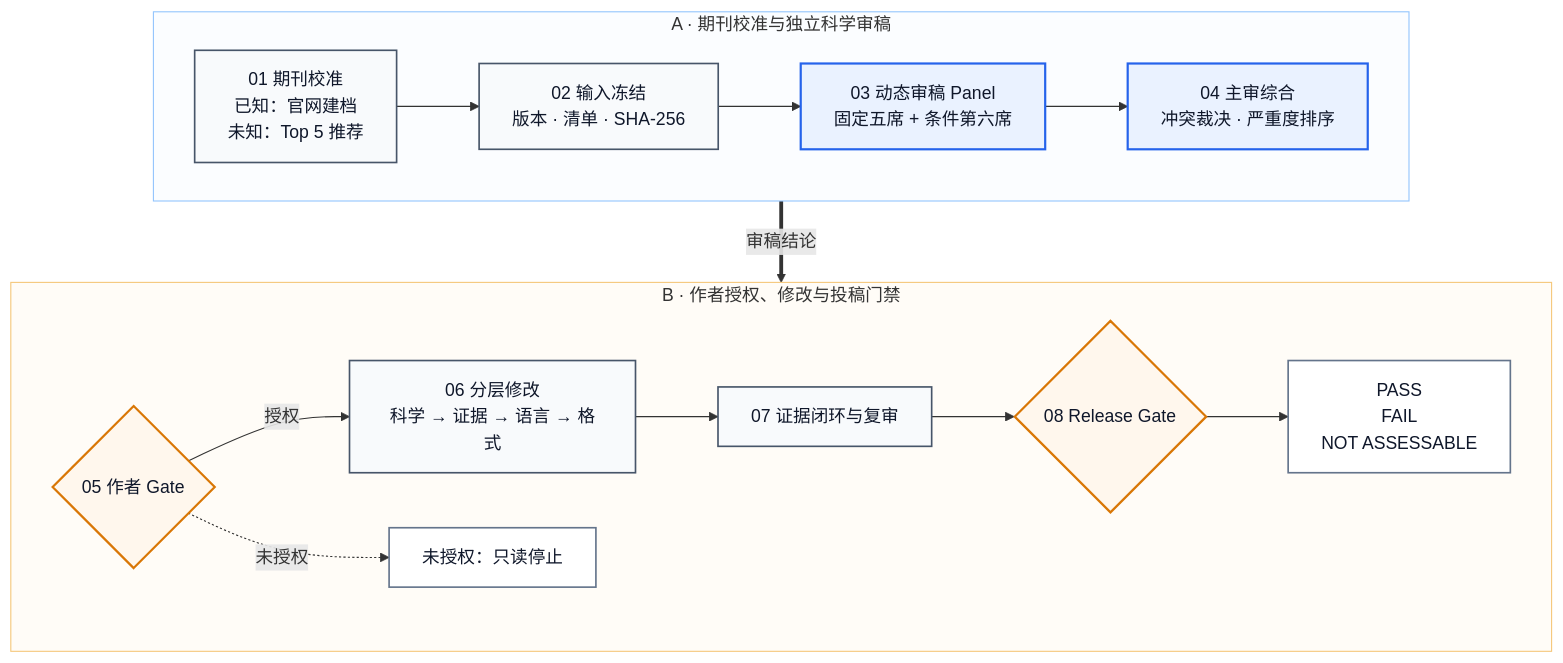
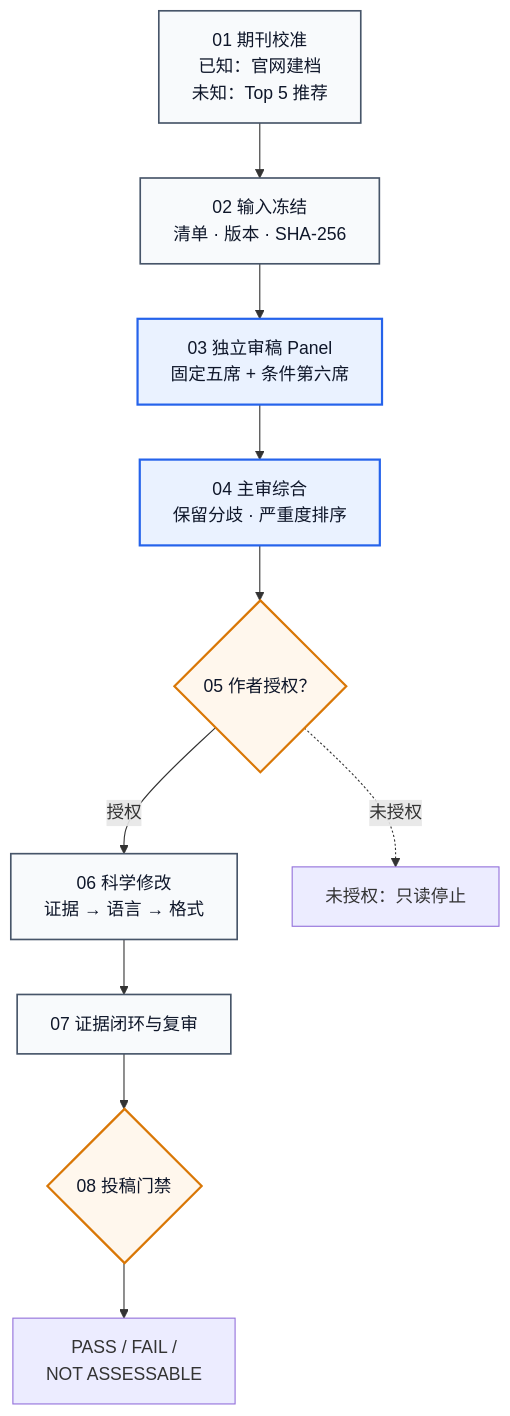
One commit to Jameslxr/manuscript-review-revision-skill changed the diagram in README.md. Above: the diagram before and after it, drawn with Mermaid. The commit also changed other lines of this file and 7 other files, not shown here.

````diff
--- a/README.md
+++ b/README.md
@@ -21,37 +62,24 @@
 ```mermaid
 flowchart TB
-    subgraph REVIEW["A · 期刊校准与独立科学审稿"]
-        direction LR
-        J1["01 期刊校准<br/>已知：官网建档<br/>未知：Top 5 推荐"]
-        J2["02 输入冻结<br/>版本 · 清单 · SHA-256"]
-        J3["03 动态审稿 Panel<br/>固定五席 + 条件第六席"]
-        J4["04 主审综合<br/>冲突裁决 · 严重度排序"]
-        J1 --> J2 --> J3 --> J4
-    end
+    J["01 期刊校准<br/>已知：官网建档<br/>未知：Top 5 推荐"]
+    F["02 输入冻结<br/>清单 · 版本 · SHA-256"]
+    P["03 独立审稿 Panel<br/>固定五席 + 条件第六席"]
+    S["04 主审综合<br/>保留分歧 · 严重度排序"]
+    A{"05 作者授权？"}
+    R["06 科学修改<br/>证据 → 语言 → 格式"]
+    C["07 证据闭环与复审"]
+    G{"08 投稿门禁"}
+    O["PASS / FAIL /<br/>NOT ASSESSABLE"]
+    STOP["未授权：只读停止"]
 
-    subgraph REVISION["B · 作者授权、修改与投稿门禁"]
-        direction LR
-        J5{"05 作者 Gate"}
-        J6["06 分层修改<br/>科学 → 证据 → 语言 → 格式"]
-        J7["07 证据闭环与复审"]
-        J8{"08 Release Gate"}
-        OUT["PASS<br/>FAIL<br/>NOT ASSESSABLE"]
-        STOP["未授权：只读停止"]
-        J5 -- "授权" --> J6 --> J7 --> J8 --> OUT
-        J5 -. "未授权" .-> STOP
-    end
+    J --> F --> P --> S --> A
+    A -- "授权" --> R --> C --> G --> O
+    A -. "未授权" .-> STOP
 
-    REVIEW ==>|审稿结论| REVISION
-
-    classDef phase fill:#F8FAFC,stroke:#475569,stroke-width:1.5px,color:#0F172A;
     classDef review fill:#EAF2FF,stroke:#2563EB,stroke-width:2px,color:#0F172A;
     classDef gate fill:#FFF7ED,stroke:#D97706,stroke-width:2px,color:#0F172A;
-    classDef terminal fill:#FFFFFF,stroke:#64748B,stroke-width:1.5px,color:#0F172A;
-
-    class J1,J2,J6,J7 phase;
-    class J3,J4 review;
-    class J5,J8 gate;
-    class OUT,STOP terminal;
-    style REVIEW fill:#FBFDFF,stroke:#93C5FD,stroke-width:1px
-    style REVISION fill:#FFFCF7,stroke:#F5C77A,stroke-width:1px
+    classDef phase fill:#F8FAFC,stroke:#475569,stroke-width:1.5px,color:#0F172A;
+    class J,F,R,C phase;
+    class P,S review;
+    class A,G gate;
 ```
````
